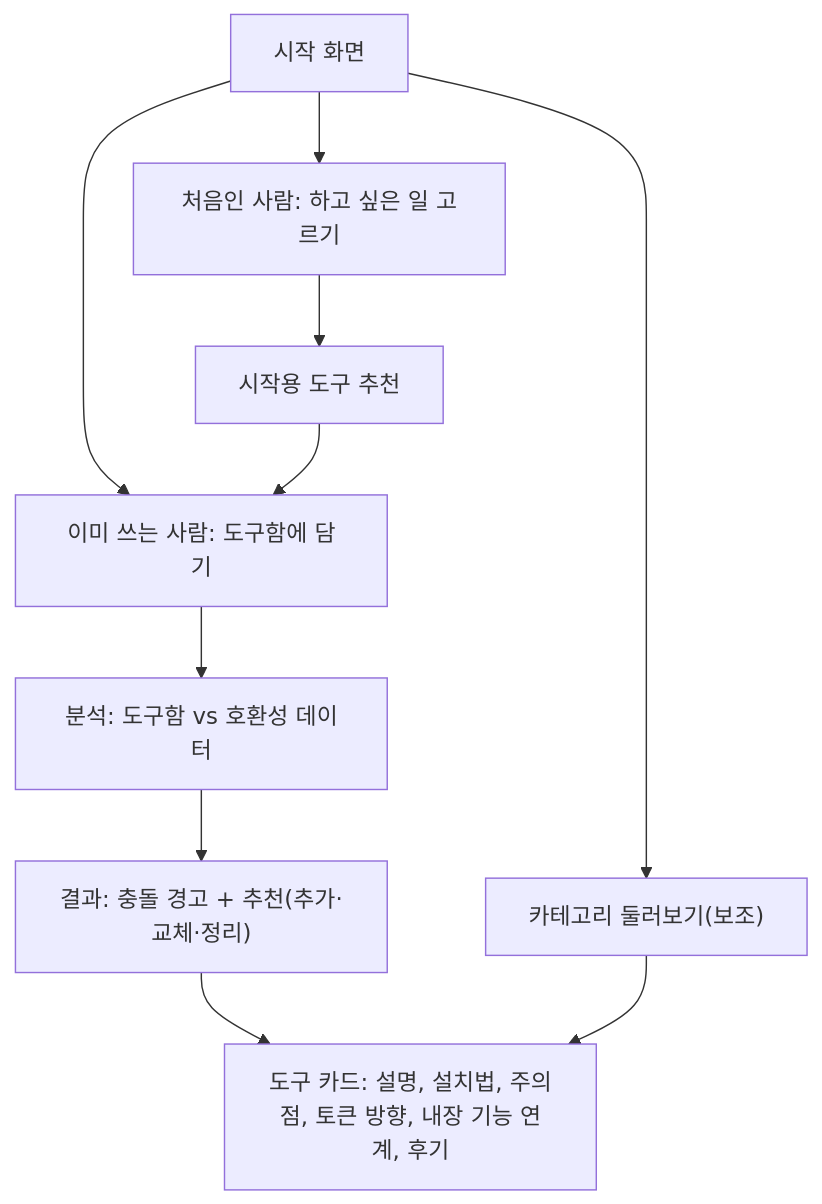
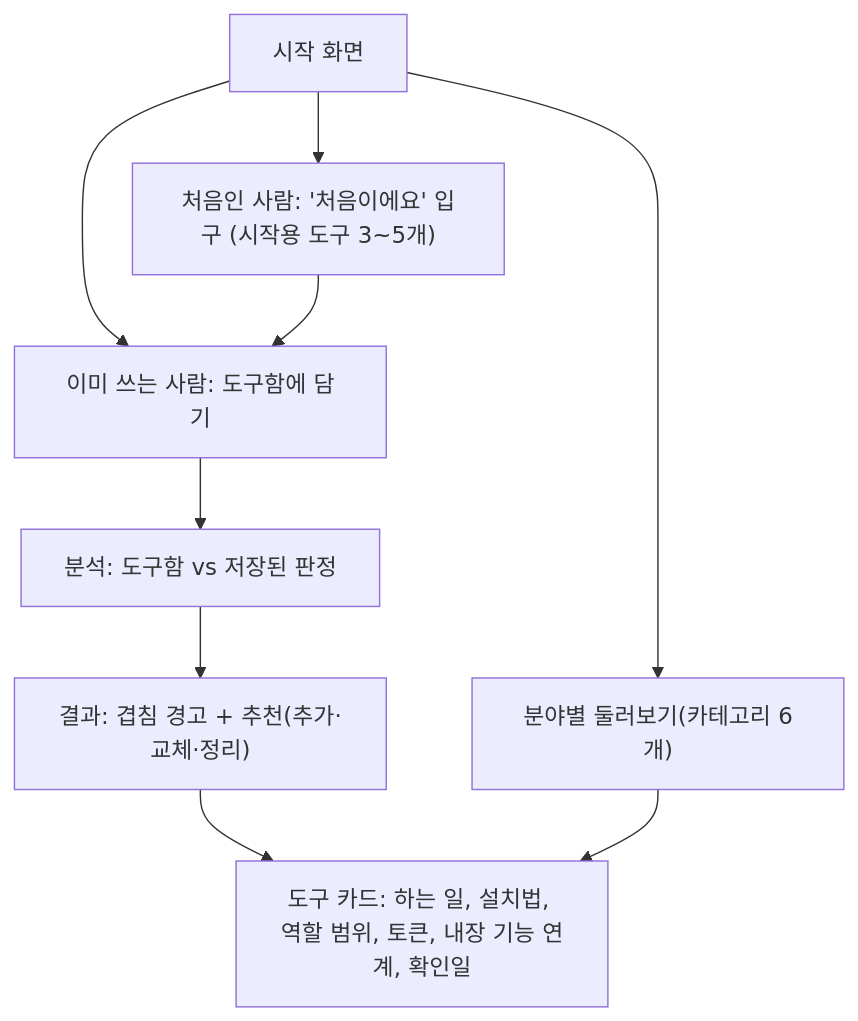
One commit to 20233014-KYH/New_Project changed the first of 3 diagrams in docs/proposal-ROH.md. Above: the diagram before and after it, drawn with Mermaid. The commit also changed other lines of this file and 23 other files, not shown here.

````diff
--- a/docs/proposal-ROH.md
+++ b/docs/proposal-ROH.md
@@ -102,12 +111,11 @@
 ```mermaid
 flowchart TD
   A["시작 화면"] --> B["이미 쓰는 사람: 도구함에 담기"]
-  A --> C["처음인 사람: 하고 싶은 일 고르기"]
-  C --> D["시작용 도구 추천"]
-  D --> B
-  B --> E["분석: 도구함 vs 호환성 데이터"]
-  E --> F["결과: 충돌 경고 + 추천(추가·교체·정리)"]
-  F --> G["도구 카드: 설명, 설치법, 주의점, 토큰 방향, 내장 기능 연계, 후기"]
-  A --> H["카테고리 둘러보기(보조)"]
+  A --> C["처음인 사람: '처음이에요' 입구 (시작용 도구 3~5개)"]
+  C --> B
+  B --> E["분석: 도구함 vs 저장된 판정"]
+  E --> F["결과: 겹침 경고 + 추천(추가·교체·정리)"]
+  F --> G["도구 카드: 하는 일, 설치법, 역할 범위, 토큰, 내장 기능 연계, 확인일"]
+  A --> H["분야별 둘러보기(카테고리 6개)"]
   H --> G
 ```
````
